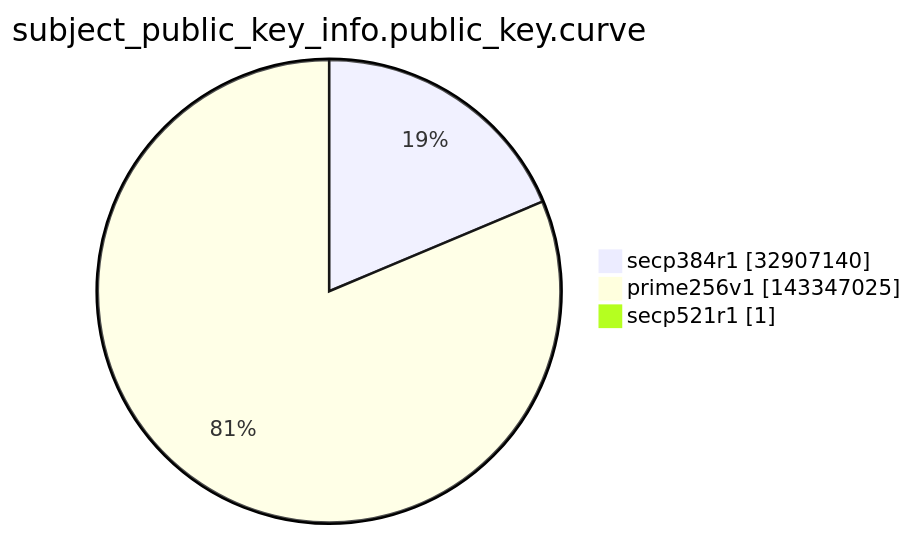
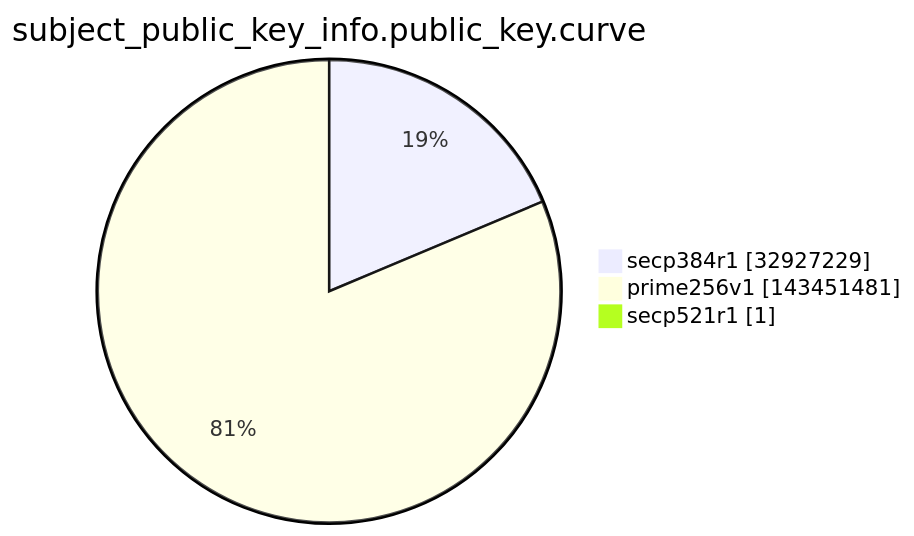
Before and after one commit to christiankrug/ctmonitor_visualization: the ninth of 15 diagrams in argon2022/README.md, drawn with Mermaid. The commit also changed other lines of this file, not shown here.

````diff
--- a/argon2022/README.md
+++ b/argon2022/README.md
@@ -2764,7 +2764,7 @@
 ```mermaid
 pie showData
 title subject_public_key_info.public_key.curve
-"secp384r1" :32907140
-"prime256v1" :143347025
+"secp384r1" :32927229
+"prime256v1" :143451481
 "secp521r1" :1
 ```
````
